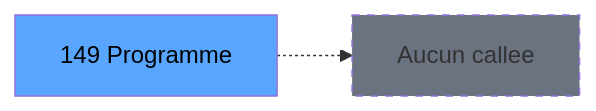
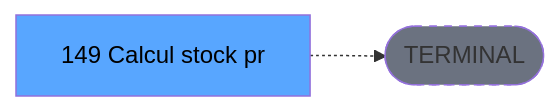
One commit to thonyAGP/lecteur-magic changed the third of 3 diagrams in .openspec/specs/ADH-IDE-149.md. Above: the diagram before and after it, drawn with Mermaid. The commit also changed other lines of this file and 701 other files, not shown here.

````diff
--- a/.openspec/specs/ADH-IDE-149.md
+++ b/.openspec/specs/ADH-IDE-149.md
@@ -148,8 +139,8 @@
 ```mermaid
 graph LR
-    T[149 Programme]
-    NONE[Aucun callee]
-    T -.-> NONE
+    T[149 Calcul stock pr]
+    TERM([TERMINAL])
+    T -.-> TERM
+    style TERM fill:#6b7280,stroke-dasharray: 5 5
     style T fill:#58a6ff,color:#000
-    style NONE fill:#6b7280,stroke-dasharray: 5 5
 ```
````
